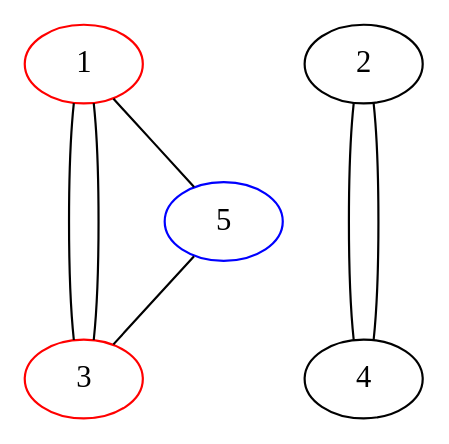
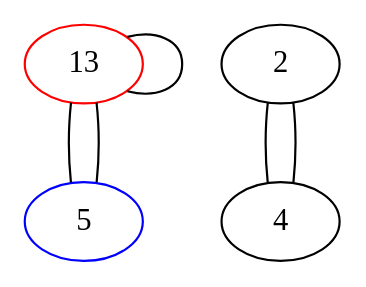
One commit to bilboquet/gamelib changed the diagram in sprouts/start_2_nodes_reduced/1223.dot. Above: the diagram before and after it, drawn with Graphviz. The commit also changed 19 other files, not shown here.

```diff
--- a/sprouts/start_2_nodes_reduced/1223.dot
+++ b/sprouts/start_2_nodes_reduced/1223.dot
@@ -1,27 +1,18 @@
 graph {
-  1 -- 3;
-  1 -- 3;
-  1 -- 5;
-  5 -- 3;
+  13 -- 13;
+  13 -- 5;
+  5 -- 13;
   2 -- 4 -- 2;
-
   {
     rank="same";
-    1;
+    13;
     2;
-
   }
-
-
   {
     rank="same";
-    3;
+    5;
     4;
-
   }
-
-  1 [color="red"];
-  3 [color="red"];
+  13 [color="red"];
   5 [color="blue"];
-
 }
```
